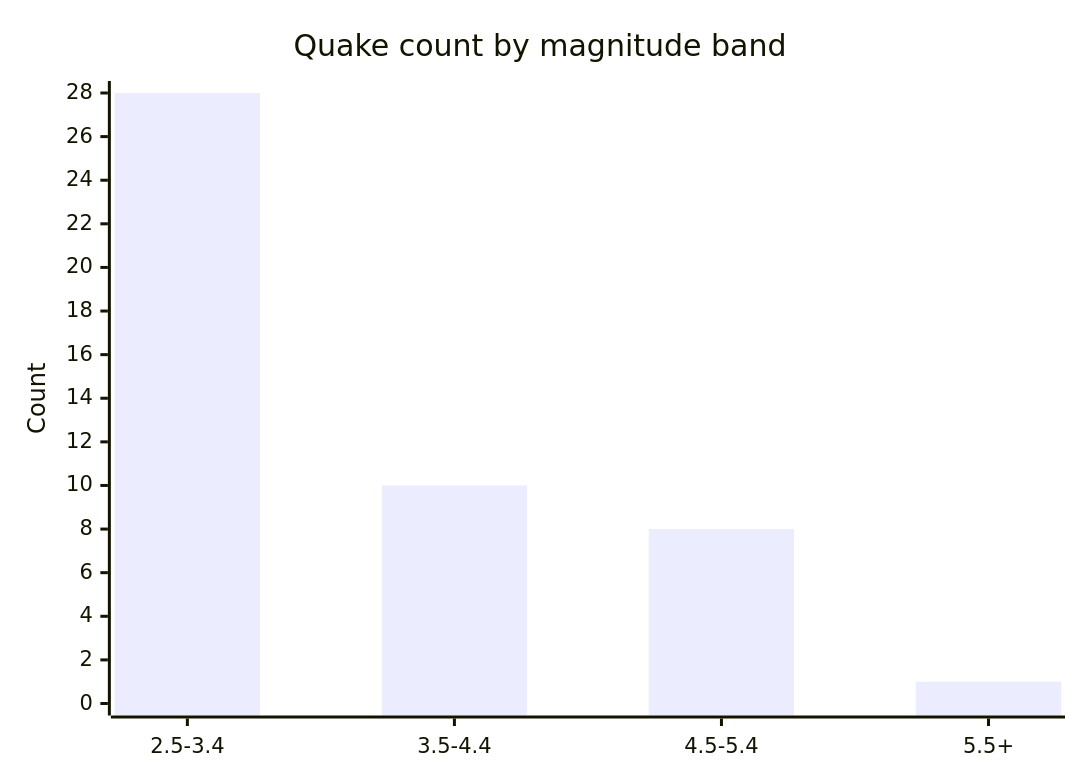
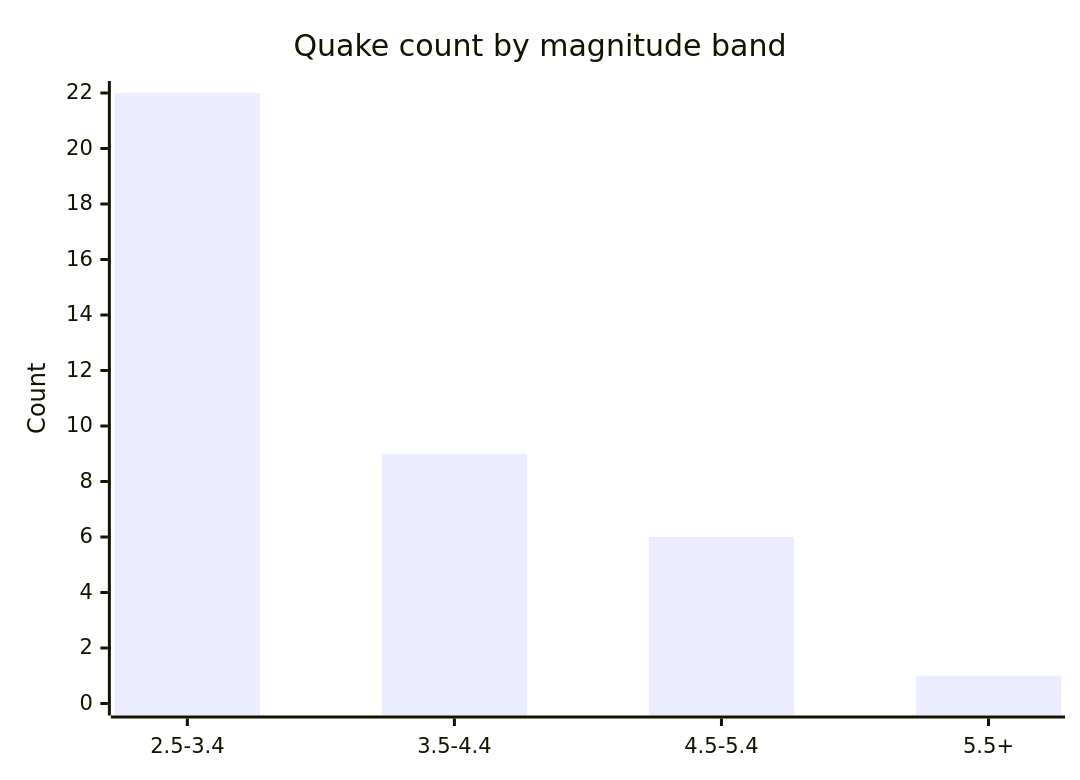
The fifth of 6 diagrams in docs/GRAPHS.md (Midwest-Stratospheric/aerostratospheric-defense-gir), drawn with Mermaid before and after one commit. The commit also changed other lines of this file and 26 other files, not shown here.

````diff
--- a/docs/GRAPHS.md
+++ b/docs/GRAPHS.md
@@ -82,7 +82,7 @@
 ```mermaid
 xychart-beta
   title "Quake count by magnitude band"
   x-axis ["2.5-3.4", "3.5-4.4", "4.5-5.4", "5.5+"]
-  y-axis "Count" 0 --> 28
-  bar [28, 10, 8, 1]
+  y-axis "Count" 0 --> 22
+  bar [22, 9, 6, 1]
 ```
````
